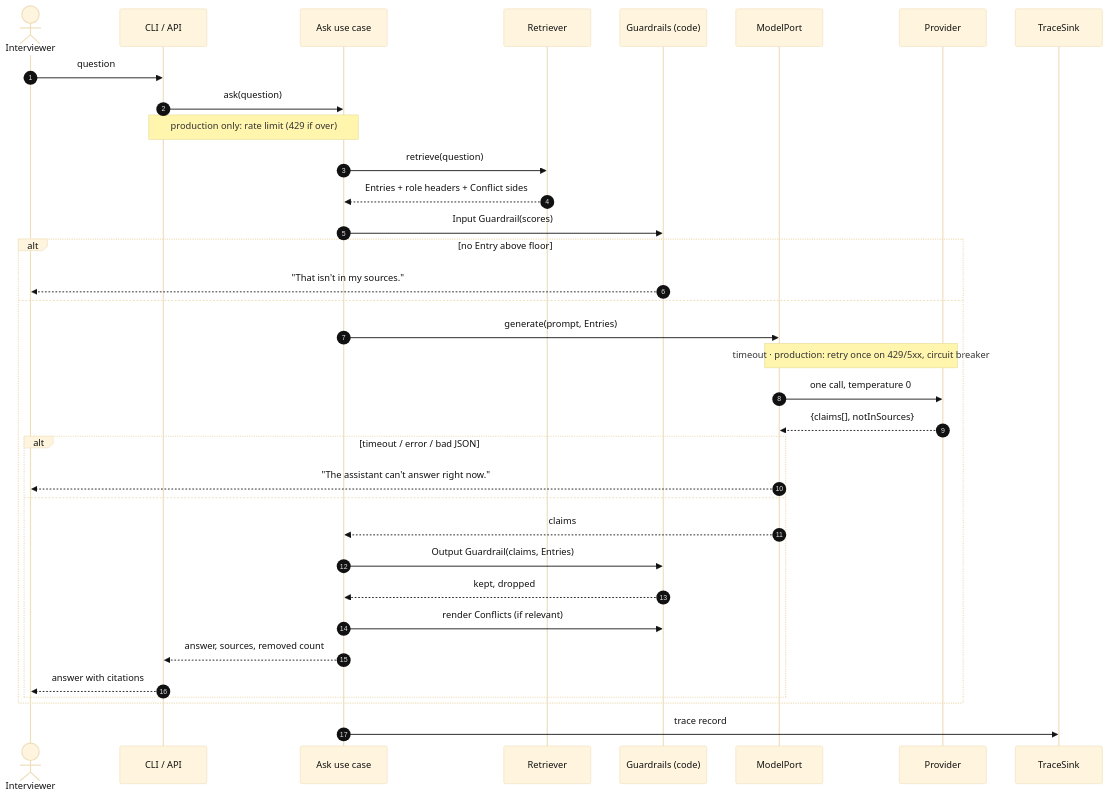
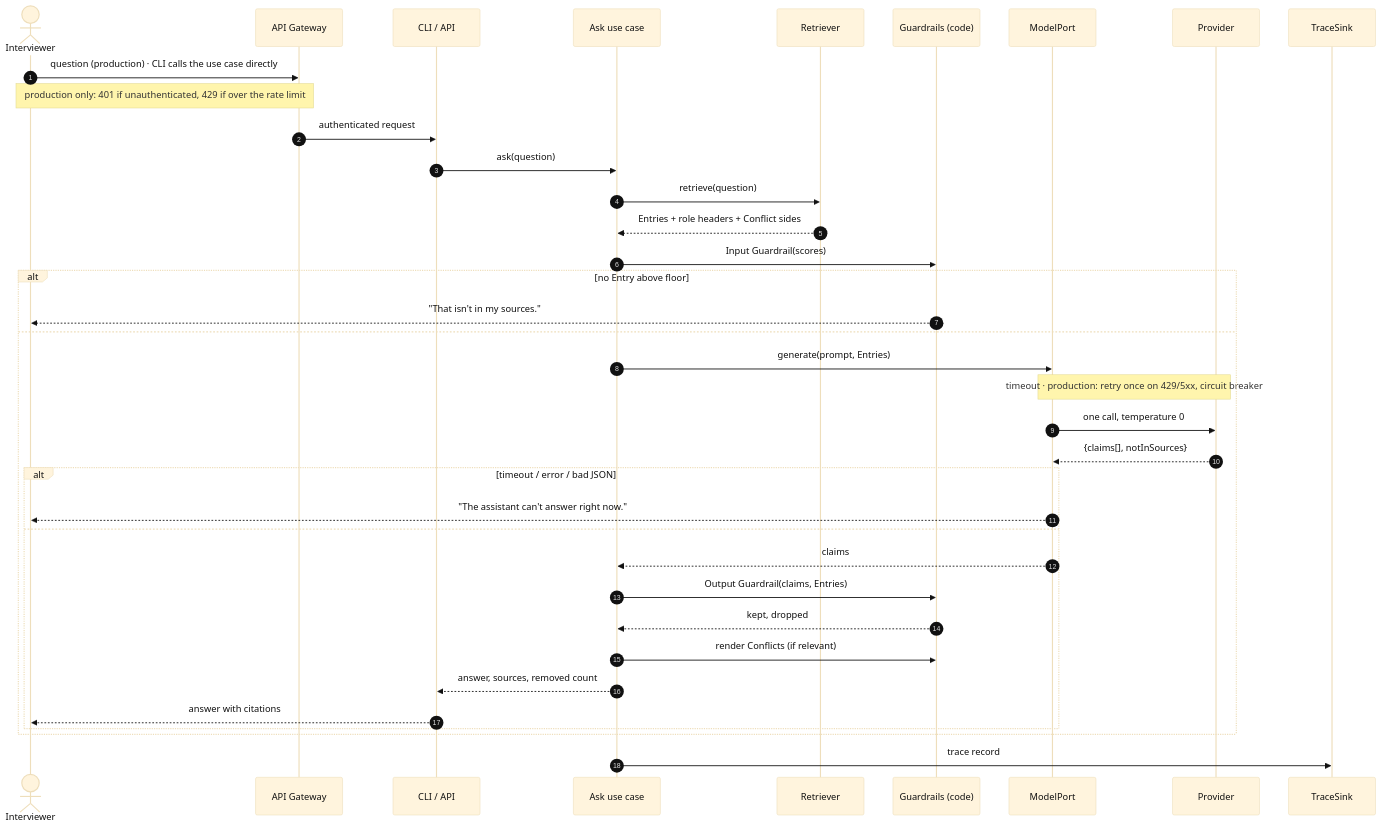
Before and after one commit to trieuttnv/job-finder-assisstant: the diagram in docs/img/sequence.mmd, drawn with Mermaid. The commit also changed 11 other files, not shown here.

```diff
--- a/docs/img/sequence.mmd
+++ b/docs/img/sequence.mmd
@@ -1,36 +1,38 @@
 %%{init: {"theme":"base","themeVariables":{"background":"#FFFEF9","fontFamily":"Helvetica, Arial, sans-serif","fontSize":"14px","lineColor":"#222","primaryTextColor":"#111"}}}%%
 sequenceDiagram
   autonumber
   actor I as Interviewer
+  participant W as API Gateway
   participant C as CLI / API
   participant U as Ask use case
   participant R as Retriever
   participant G as Guardrails (code)
   participant M as ModelPort
   participant P as Provider
   participant T as TraceSink
-  I->>C: question
+  I->>W: question (production) · CLI calls the use case directly
+  Note over I,W: production only: 401 if unauthenticated, 429 if over the rate limit
+  W->>C: authenticated request
   C->>U: ask(question)
-  Note over C,U: production only: rate limit (429 if over)
   U->>R: retrieve(question)
   R-->>U: Entries + role headers + Conflict sides
   U->>G: Input Guardrail(scores)
   alt no Entry above floor
     G-->>I: "That isn't in my sources."
   else
     U->>M: generate(prompt, Entries)
     Note over M,P: timeout · production: retry once on 429/5xx, circuit breaker
     M->>P: one call, temperature 0
     P-->>M: {claims[], notInSources}
     alt timeout / error / bad JSON
       M-->>I: "The assistant can't answer right now."
     else
       M-->>U: claims
       U->>G: Output Guardrail(claims, Entries)
       G-->>U: kept, dropped
       U->>G: render Conflicts (if relevant)
       U-->>C: answer, sources, removed count
       C-->>I: answer with citations
     end
   end
   U->>T: trace record
```
